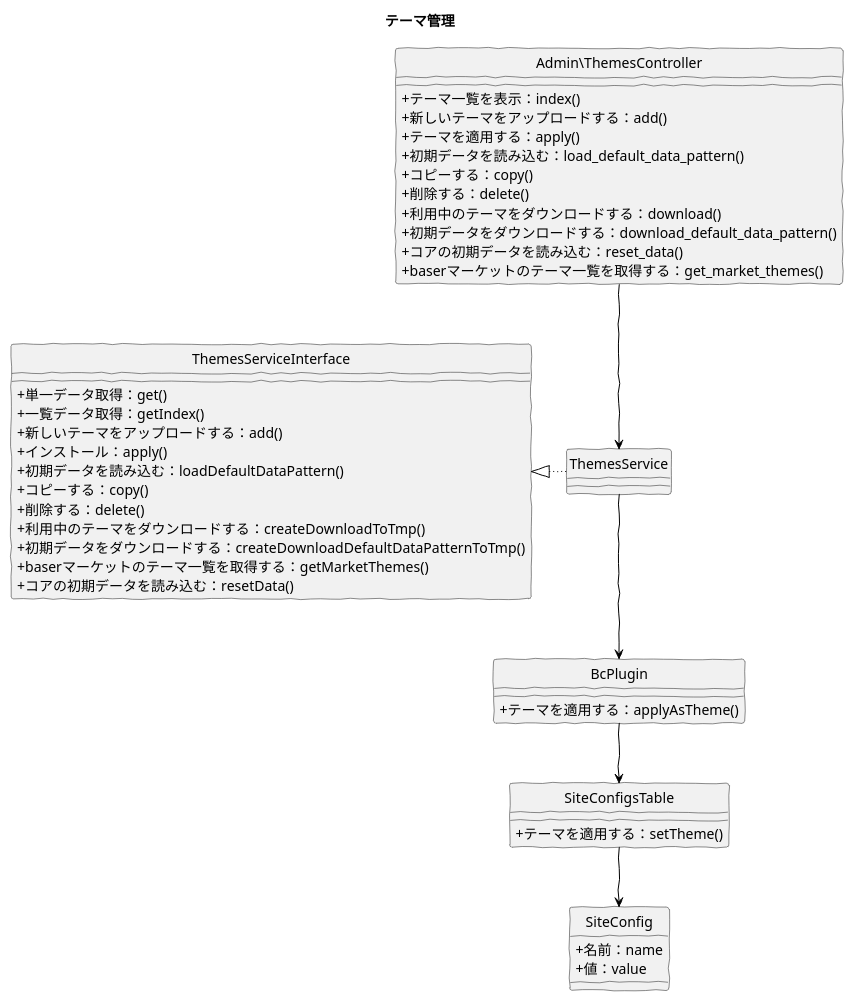
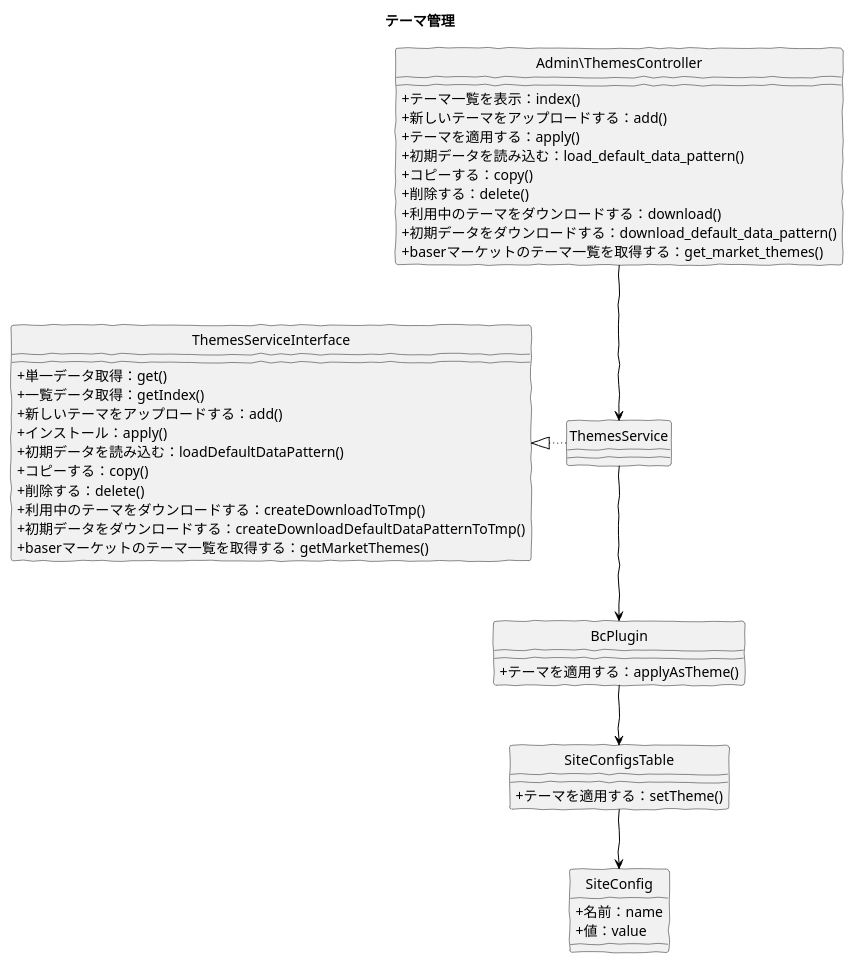
Before and after one commit to baserproject/baserproject.github.io: the diagram in src/puml/5/ucmitz/svg/class/manage_themes.puml, drawn with PlantUML. The commit also changed 4 other files, not shown here.

```diff
--- a/src/puml/5/ucmitz/svg/class/manage_themes.puml
+++ b/src/puml/5/ucmitz/svg/class/manage_themes.puml
@@ -1,59 +1,56 @@
 @startuml
 skinparam handwritten true
 skinparam backgroundColor white
 hide circle
 skinparam classAttributeIconSize 0
 
 title テーマ管理
 
 class Admin\ThemesController {
   + テーマ一覧を表示：index()
   + 新しいテーマをアップロードする：add()
   + テーマを適用する：apply()
   + 初期データを読み込む：load_default_data_pattern()
   + コピーする：copy()
   + 削除する：delete()
   + 利用中のテーマをダウンロードする：download()
   + 初期データをダウンロードする：download_default_data_pattern()
-  + コアの初期データを読み込む：reset_data()
   + baserマーケットのテーマ一覧を取得する：get_market_themes()
 }
 
 class ThemesService {
 }
 
 class ThemesServiceInterface {
   + 単一データ取得：get()
   + 一覧データ取得：getIndex()
 	+ 新しいテーマをアップロードする：add()
   + インストール：apply()
 	+ 初期データを読み込む：loadDefaultDataPattern()
 	+ コピーする：copy()
   + 削除する：delete()
   + 利用中のテーマをダウンロードする：createDownloadToTmp()
   + 初期データをダウンロードする：createDownloadDefaultDataPatternToTmp()
   + baserマーケットのテーマ一覧を取得する：getMarketThemes()
-  + コアの初期データを読み込む：resetData()
-  
 }
 
 class BcPlugin {
 	+ テーマを適用する：applyAsTheme()
 }
 
 class SiteConfigsTable {
   + テーマを適用する：setTheme()
 }
 
 class SiteConfig {
 	+ 名前：name
 	+ 値：value
 }
 
 Admin\ThemesController -down[#Black]-> ThemesService
 ThemesService -down[#Black]-> BcPlugin
 BcPlugin -down[#Black]-> SiteConfigsTable
 ThemesService -left[dotted,#Black]-|> ThemesServiceInterface
 SiteConfigsTable -down[#Black]-> SiteConfig
 
 @enduml
```
